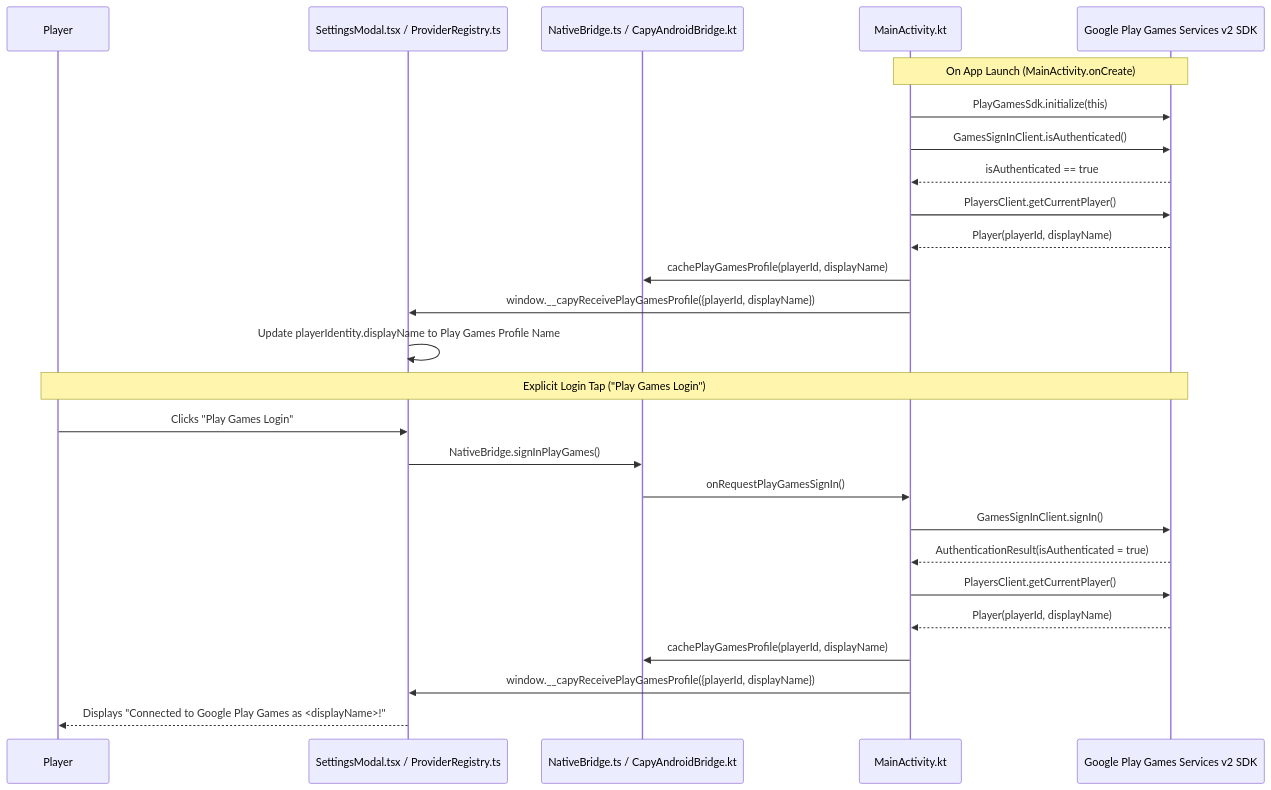
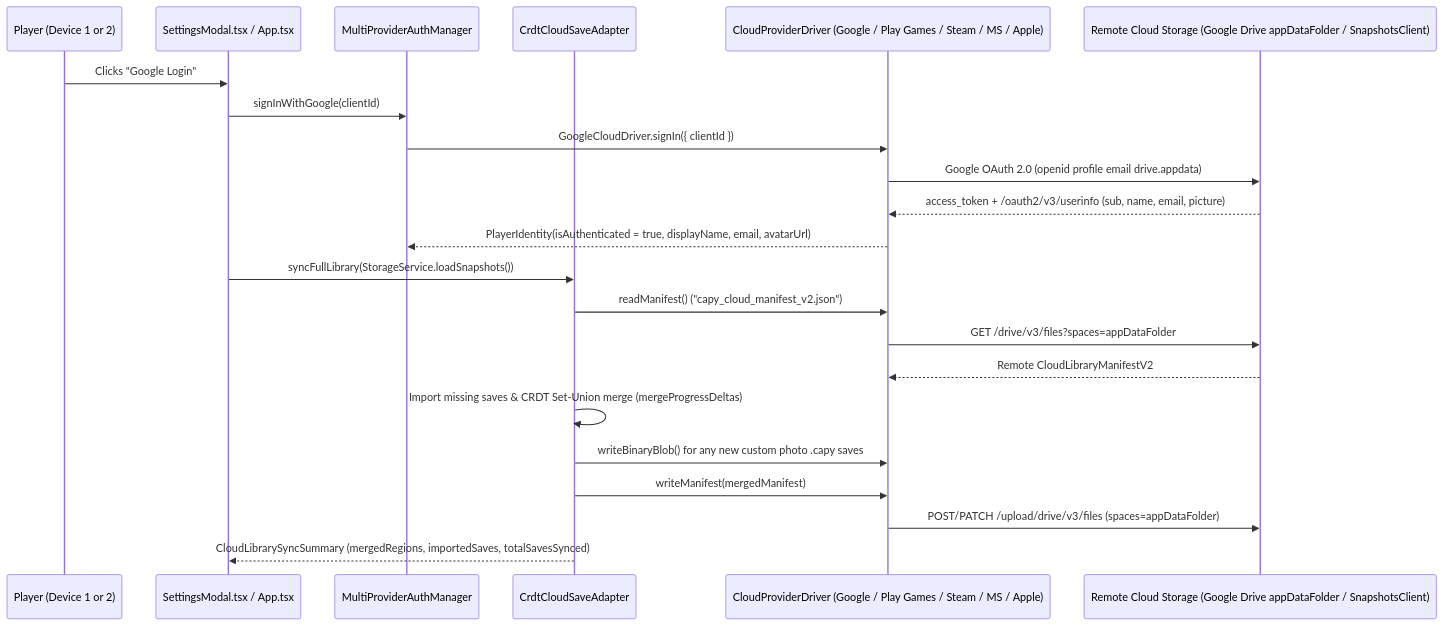
One commit to shthed/capy changed the first of 2 diagrams in CLOUD.md. Above: the diagram before and after it, drawn with Mermaid. The commit also changed other lines of this file and 10 other files, not shown here.

Commit message:
feat(cloud): modular CloudProviderDriver architecture + real Google OAuth 2.0 & Drive appDataFolder cross-device sync

````diff
--- a/CLOUD.md
+++ b/CLOUD.md
@@ -42,30 +59,25 @@
 ```mermaid
 sequenceDiagram
-    participant User as Player
-    participant UI as SettingsModal.tsx / ProviderRegistry.ts
-    participant Bridge as NativeBridge.ts / CapyAndroidBridge.kt
-    participant Activity as MainActivity.kt
-    participant PGS as Google Play Games Services v2 SDK
+    participant User as Player (Device 1 or 2)
+    participant UI as SettingsModal.tsx / App.tsx
+    participant Auth as MultiProviderAuthManager
+    participant Sync as CrdtCloudSaveAdapter
+    participant Driver as CloudProviderDriver (Google / Play Games / Steam / MS / Apple)
+    participant Cloud as Remote Cloud Storage (Google Drive appDataFolder / SnapshotsClient)
 
-    Note over Activity,PGS: On App Launch (MainActivity.onCreate)
-    Activity->>PGS: PlayGamesSdk.initialize(this)
-    Activity->>PGS: GamesSignInClient.isAuthenticated()
-    PGS-->>Activity: isAuthenticated == true
-    Activity->>PGS: PlayersClient.getCurrentPlayer()
-    PGS-->>Activity: Player(playerId, displayName)
-    Activity->>Bridge: cachePlayGamesProfile(playerId, displayName)
-    Activity->>UI: window.__capyReceivePlayGamesProfile({playerId, displayName})
-    UI->>UI: Update playerIdentity.displayName to Play Games Profile Name
-
-    Note over User,PGS: Explicit Login Tap ("Play Games Login")
-    User->>UI: Clicks "Play Games Login"
-    UI->>Bridge: NativeBridge.signInPlayGames()
-    Bridge->>Activity: onRequestPlayGamesSignIn()
-    Activity->>PGS: GamesSignInClient.signIn()
-    PGS-->>Activity: AuthenticationResult(isAuthenticated = true)
-    Activity->>PGS: PlayersClient.getCurrentPlayer()
-    PGS-->>Activity: Player(playerId, displayName)
-    Activity->>Bridge: cachePlayGamesProfile(playerId, displayName)
-    Activity->>UI: window.__capyReceivePlayGamesProfile({playerId, displayName})
-    UI-->>User: Displays "Connected to Google Play Games as <displayName>!"
+    User->>UI: Clicks "Google Login"
+    UI->>Auth: signInWithGoogle(clientId)
+    Auth->>Driver: GoogleCloudDriver.signIn({ clientId })
+    Driver->>Cloud: Google OAuth 2.0 (openid profile email drive.appdata)
+    Cloud-->>Driver: access_token + /oauth2/v3/userinfo (sub, name, email, picture)
+    Driver-->>Auth: PlayerIdentity(isAuthenticated = true, displayName, email, avatarUrl)
+    UI->>Sync: syncFullLibrary(StorageService.loadSnapshots())
+    Sync->>Driver: readManifest() ("capy_cloud_manifest_v2.json")
+    Driver->>Cloud: GET /drive/v3/files?spaces=appDataFolder
+    Cloud-->>Driver: Remote CloudLibraryManifestV2
+    Sync->>Sync: Import missing saves & CRDT Set-Union merge (mergeProgressDeltas)
+    Sync->>Driver: writeBinaryBlob() for any new custom photo .capy saves
+    Sync->>Driver: writeManifest(mergedManifest)
+    Driver->>Cloud: POST/PATCH /upload/drive/v3/files (spaces=appDataFolder)
+    Sync-->>UI: CloudLibrarySyncSummary (mergedRegions, importedSaves, totalSavesSynced)
 ```
````
